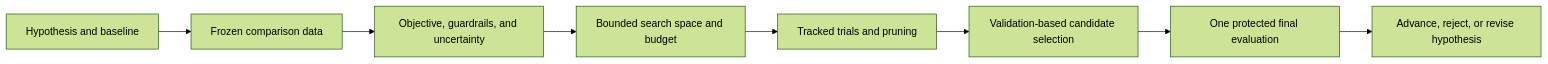
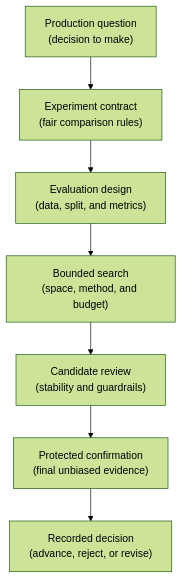
The first of 8 diagrams in roadmaps/mlops/modules/experiments-and-reproducibility/experiment-design/01-experiment-design-and-hyperparameter-optimization.md (senlinyy/dev-roadmaps), drawn with Mermaid (forest theme) before and after one commit. The commit also changed other lines of this file and 198 other files, not shown here.

````diff
--- a/roadmaps/mlops/modules/experiments-and-reproducibility/experiment-design/01-experiment-design-and-hyperparameter-optimization.md
+++ b/roadmaps/mlops/modules/experiments-and-reproducibility/experiment-design/01-experiment-design-and-hyperparameter-optimization.md
@@ -33,10 +41,9 @@
 ```mermaid
-flowchart LR
-    Hypothesis["Hypothesis and baseline"] --> Data["Frozen comparison data"]
-    Data --> Metrics["Objective, guardrails, and uncertainty"]
-    Metrics --> Space["Bounded search space and budget"]
-    Space --> Trials["Tracked trials and pruning"]
-    Trials --> Select["Validation-based candidate selection"]
-    Select --> Test["One protected final evaluation"]
-    Test --> Decision["Advance, reject, or revise hypothesis"]
+flowchart TD
+    Q["Production question<br/>(decision to make)"] --> C["Experiment contract<br/>(fair comparison rules)"]
+    C --> E["Evaluation design<br/>(data, split, and metrics)"]
+    E --> S["Bounded search<br/>(space, method, and budget)"]
+    S --> R["Candidate review<br/>(stability and guardrails)"]
+    R --> F["Protected confirmation<br/>(final unbiased evidence)"]
+    F --> D["Recorded decision<br/>(advance, reject, or revise)"]
 ```
````
